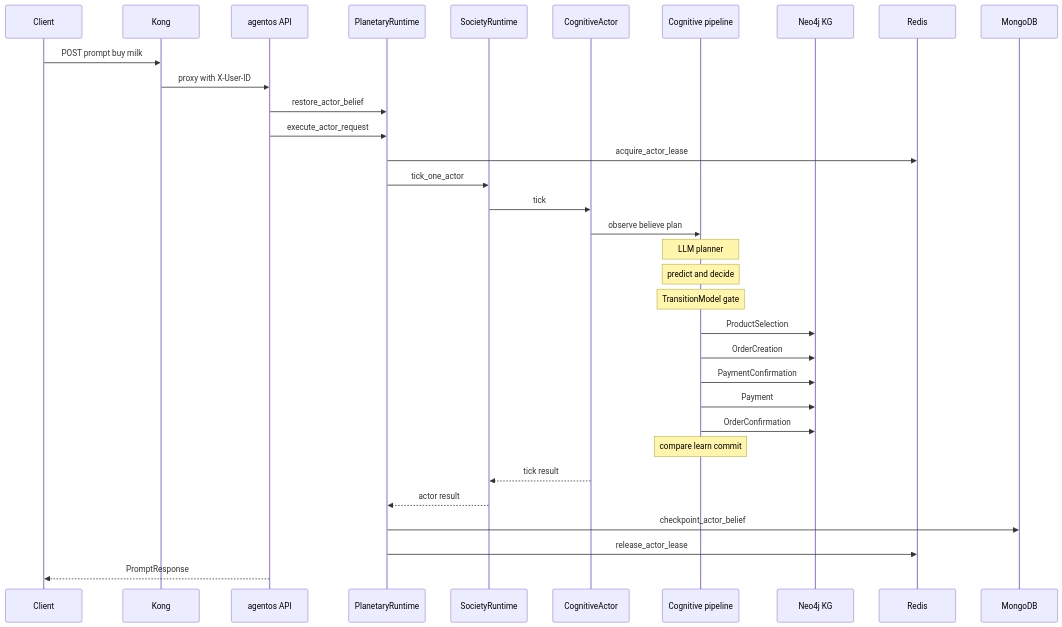
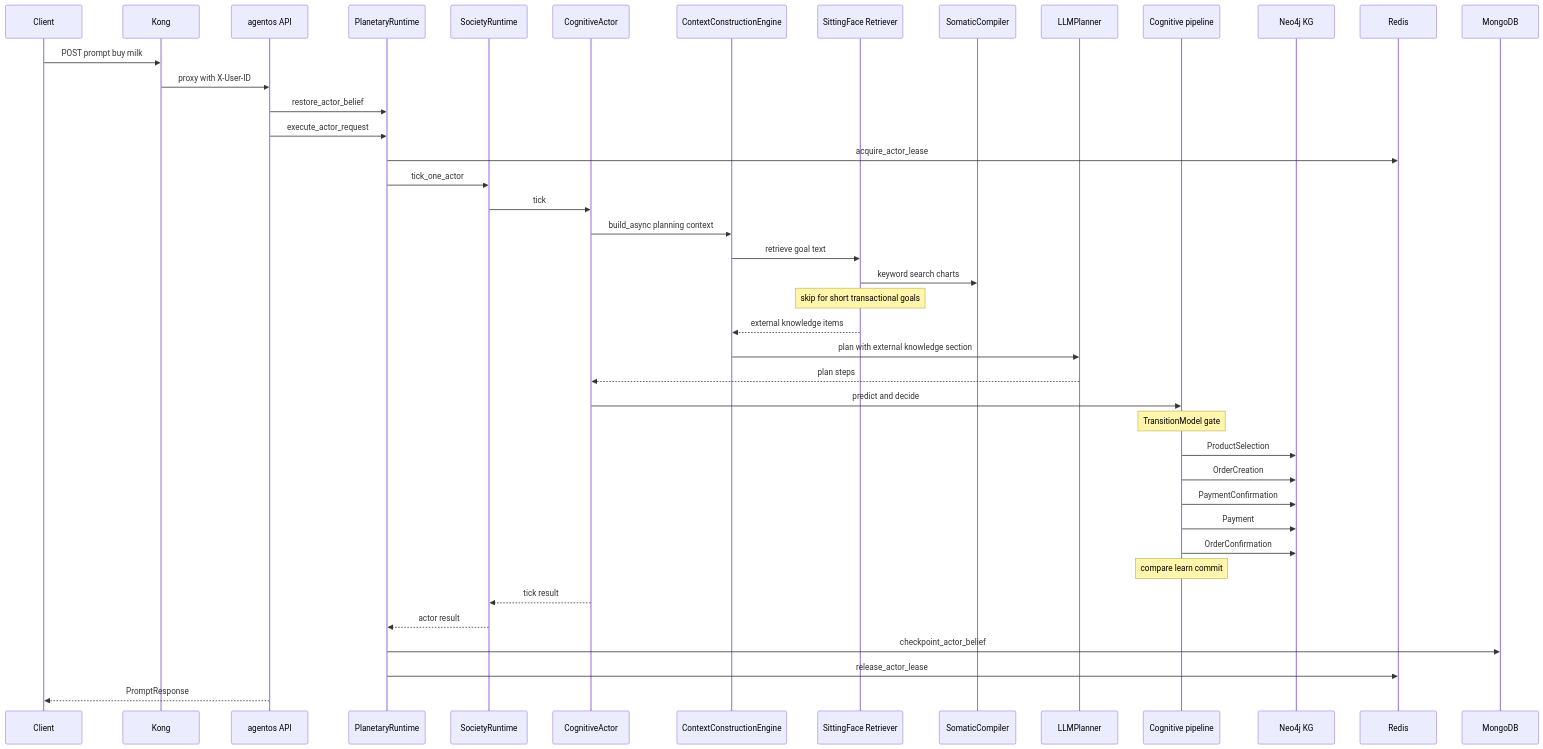
One commit to monkeypatched-stack/cogitive-os changed diagram 12 of 25 in docs/DIAGRAMS.md. Above: the diagram before and after it, drawn with Mermaid. The commit also changed other lines of this file, not shown here.

Commit message:
adding diagrams

````diff
--- a/docs/DIAGRAMS.md
+++ b/docs/DIAGRAMS.md
@@ -437,39 +525,49 @@
 ```mermaid
 sequenceDiagram
     participant Client
     participant Kong
     participant API as agentos API
     participant PR as PlanetaryRuntime
     participant SR as SocietyRuntime
     participant Cog as CognitiveActor
+    participant CCE as ContextConstructionEngine
+    participant SF as SittingFace Retriever
+    participant SC as SomaticCompiler
+    participant LLM as LLMPlanner
     participant Pipe as Cognitive pipeline
     participant KG as Neo4j KG
     participant Redis as Redis
     participant Mongo as MongoDB
 
     Client->>Kong: POST prompt buy milk
     Kong->>API: proxy with X-User-ID
     API->>PR: restore_actor_belief
     API->>PR: execute_actor_request
     PR->>Redis: acquire_actor_lease
     PR->>SR: tick_one_actor
     SR->>Cog: tick
 
-    Cog->>Pipe: observe believe plan
-    Note over Pipe: LLM planner
-    Note over Pipe: predict and decide
+    Cog->>CCE: build_async planning context
+    CCE->>SF: retrieve goal text
+    SF->>SC: keyword search charts
+    Note over SF: skip for short transactional goals
+    SF-->>CCE: external knowledge items
+    CCE->>LLM: plan with external knowledge section
+    LLM-->>Cog: plan steps
+
+    Cog->>Pipe: predict and decide
     Note over Pipe: TransitionModel gate
 
     Pipe->>KG: ProductSelection
     Pipe->>KG: OrderCreation
     Pipe->>KG: PaymentConfirmation
     Pipe->>KG: Payment
     Pipe->>KG: OrderConfirmation
 
     Note over Pipe: compare learn commit
     Cog-->>SR: tick result
     SR-->>PR: actor result
     PR->>Mongo: checkpoint_actor_belief
     PR->>Redis: release_actor_lease
     API-->>Client: PromptResponse
 ```
````
